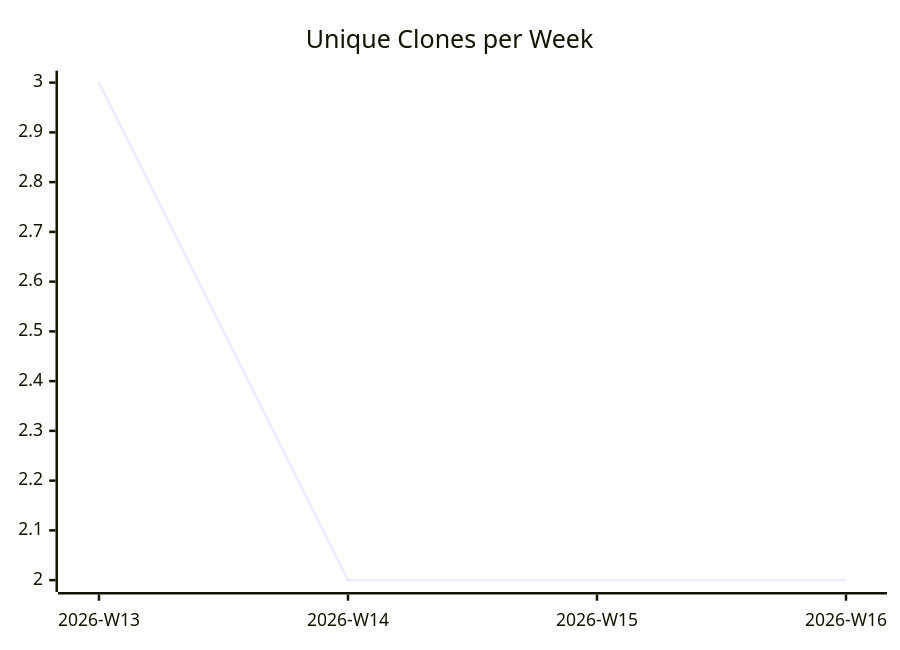
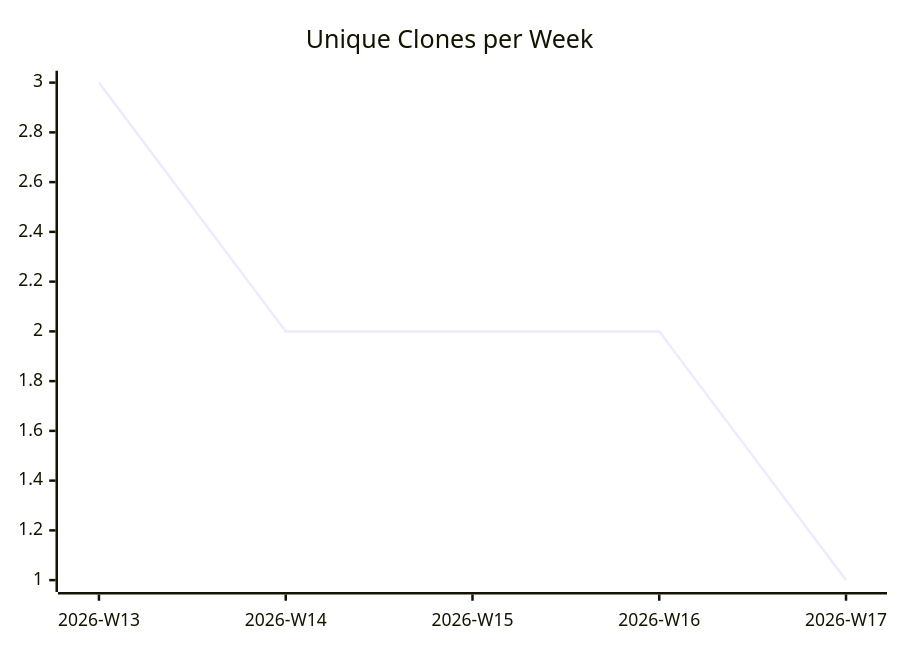
Before and after one commit to justdavis-family/github-analytics-data: the third of 3 diagrams in karlmdavis/can-i-kayak-baltimore/README.md, drawn with Mermaid. The commit also changed other lines of this file and 192 other files, not shown here.

````diff
--- a/karlmdavis/can-i-kayak-baltimore/README.md
+++ b/karlmdavis/can-i-kayak-baltimore/README.md
@@ -19,6 +19,6 @@
 ```mermaid
 xychart-beta
   title "Unique Clones per Week"
-  x-axis ["2026-W13", "2026-W14", "2026-W15", "2026-W16"]
-  line [3, 2, 2, 2]
+  x-axis ["2026-W13", "2026-W14", "2026-W15", "2026-W16", "2026-W17"]
+  line [3, 2, 2, 2, 1]
 ```
````
